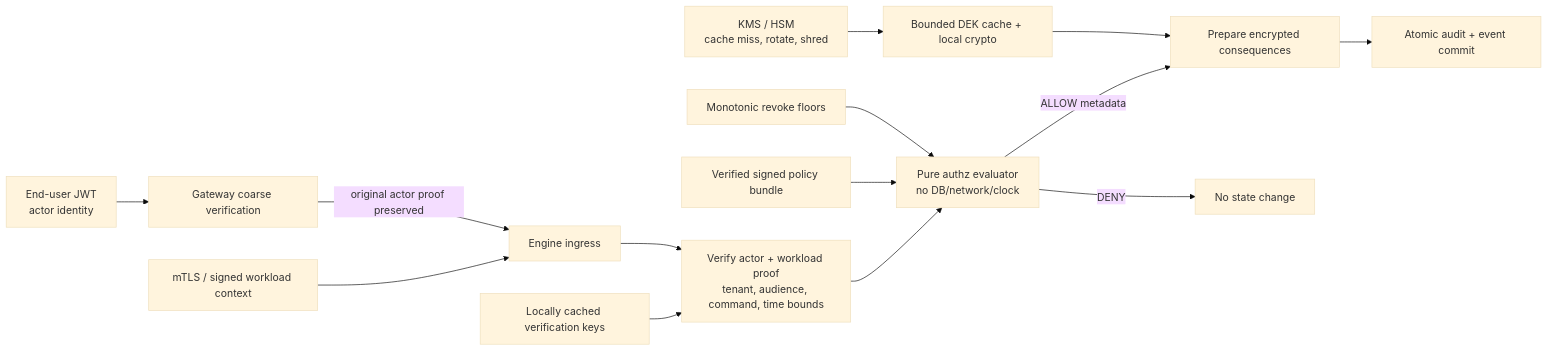
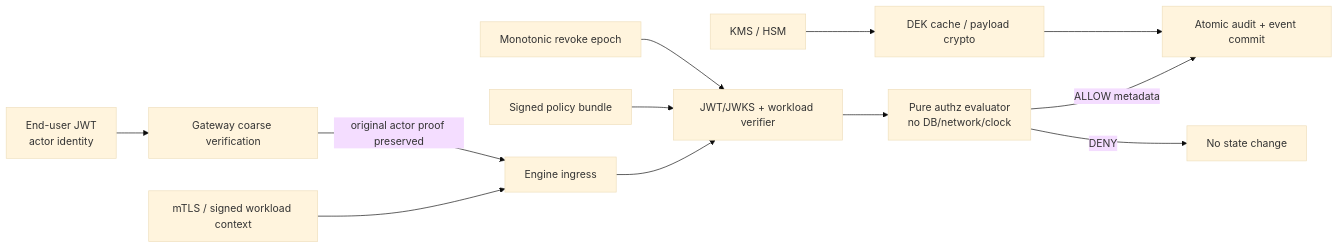
Before and after one commit to dangthobach/dangthobach.github.io: the eighth of 12 diagrams in quartz/content/BPMP-Platform/BPMP-Architecture-Technology-Deep-Dive.md, drawn with Mermaid (base theme). The commit also changed other lines of this file and 1 other file, not shown here.

````diff
--- a/quartz/content/BPMP-Platform/BPMP-Architecture-Technology-Deep-Dive.md
+++ b/quartz/content/BPMP-Platform/BPMP-Architecture-Technology-Deep-Dive.md
@@ -303,16 +307,14 @@
 ```mermaid
 flowchart LR
-    ACTOR["End-user JWT\nactor identity"] --> GW["Gateway coarse verification"]
+    ACTOR["End-user JWT<br/>actor identity"] --> GW["Gateway coarse verification"]
     WORKLOAD["mTLS / signed workload context"] --> ENG["Engine ingress"]
     GW -->|"original actor proof preserved"| ENG
-    KEYS["Locally cached verification keys"] --> VERIFY["Verify actor + workload proof\ntenant, audience, command, time bounds"]
-    ENG --> VERIFY
-    VERIFY --> EVAL["Pure authz evaluator\nno DB/network/clock"]
-    BUNDLE["Verified signed policy bundle"] --> EVAL
-    REVOKE["Monotonic revoke floors"] --> EVAL
-    EVAL -->|"ALLOW metadata"| PREPARE["Prepare encrypted consequences"]
+    ENG --> VERIFY["JWT/JWKS + workload verifier"]
+    BUNDLE["Signed policy bundle"] --> VERIFY
+    REVOKE["Monotonic revoke epoch"] --> VERIFY
+    VERIFY --> EVAL["Pure authz evaluator<br/>no DB/network/clock"]
+    EVAL -->|"ALLOW metadata"| ATOMIC["Atomic audit + event commit"]
     EVAL -->|"DENY"| REJECT["No state change"]
-    KMS["KMS / HSM\ncache miss, rotate, shred"] --> CRYPTO["Bounded DEK cache + local crypto"]
-    CRYPTO --> PREPARE
-    PREPARE --> ATOMIC["Atomic audit + event commit"]
+    KMS["KMS / HSM"] --> CRYPTO["DEK cache / payload crypto"]
+    CRYPTO --> ATOMIC
 ```
````
